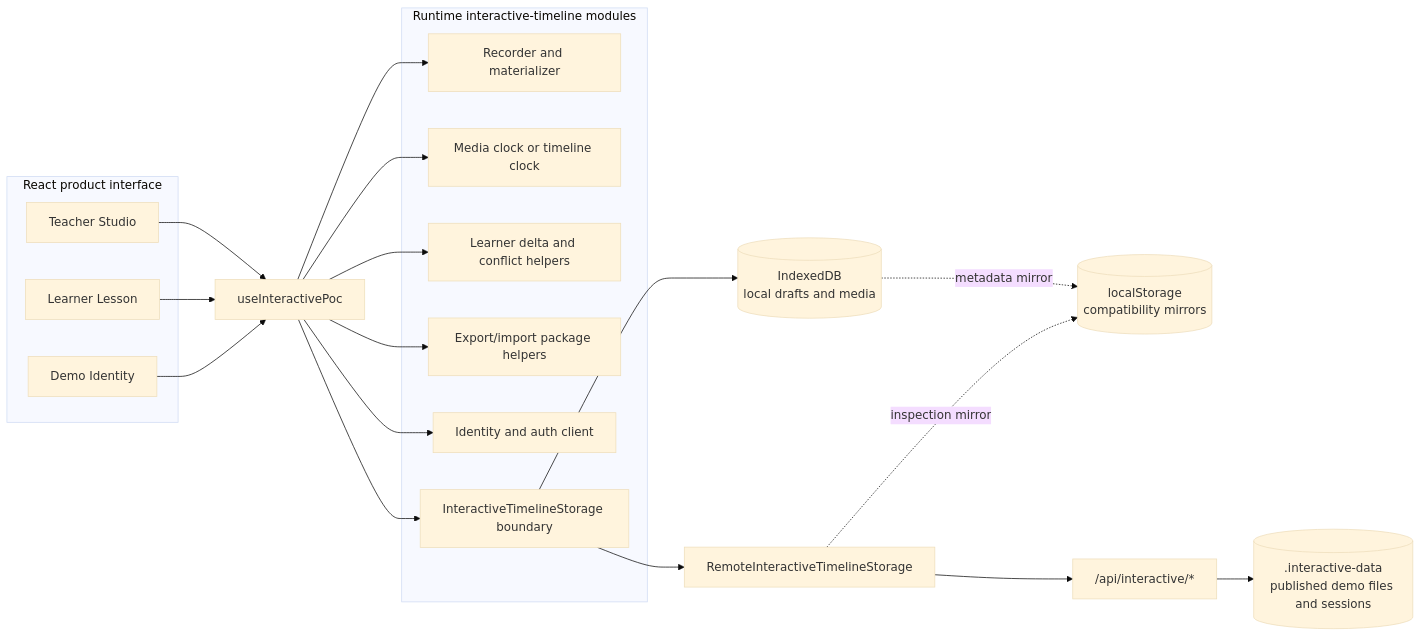
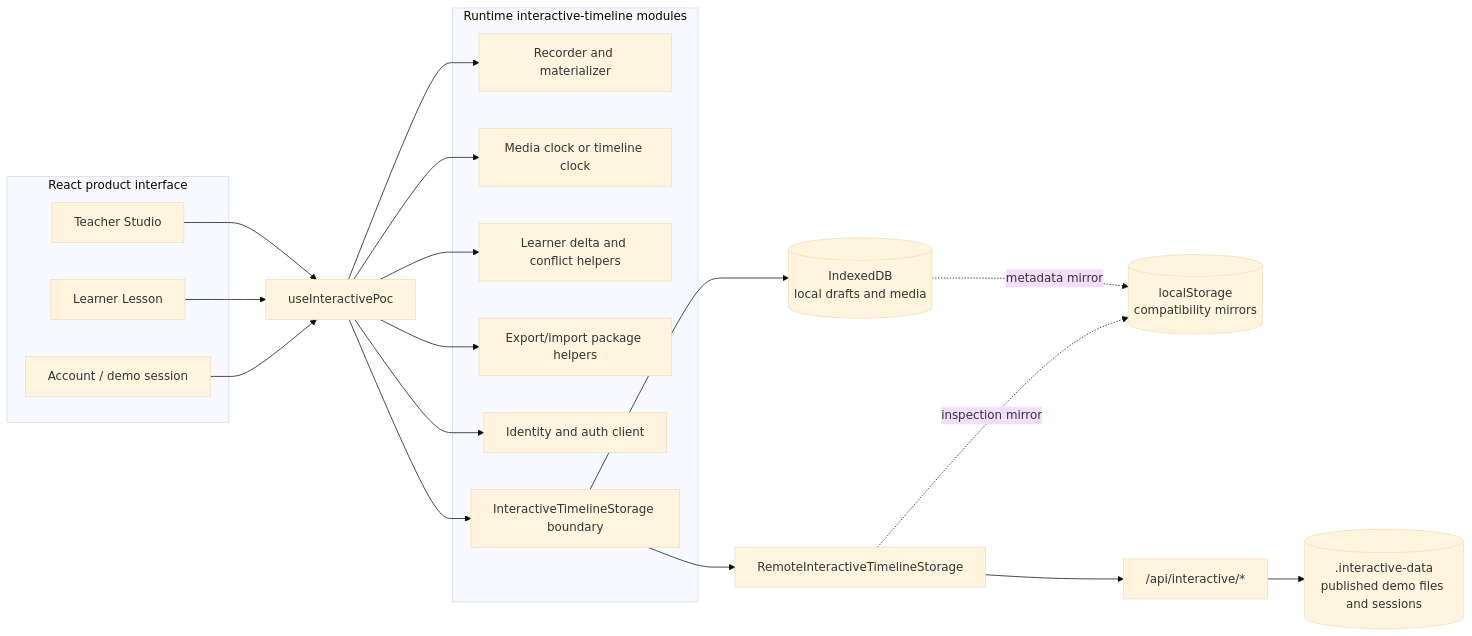
Before and after one commit to Fatih0234/tutorialkit-thesis: the diagram in docs/thesis-architecture-summary.md, drawn with Mermaid (base theme). The commit also changed other lines of this file and 11 other files, not shown here.

````diff
--- a/docs/thesis-architecture-summary.md
+++ b/docs/thesis-architecture-summary.md
@@ -11,41 +11,41 @@
 ```mermaid
 flowchart LR
   subgraph UI[React product interface]
     TS[Teacher Studio]
     LL[Learner Lesson]
-    DI[Demo Identity]
+    DI[Account / demo session]
   end
 
   Hook[useInteractivePoc]
 
   subgraph Runtime[Runtime interactive-timeline modules]
     Rec[Recorder and materializer]
     Clock[Media clock or timeline clock]
     Delta[Learner delta and conflict helpers]
     Package[Export/import package helpers]
     Identity[Identity and auth client]
     Adapter[InteractiveTimelineStorage boundary]
   end
 
   IDB[("IndexedDB<br/>local drafts and media")]
   Remote[RemoteInteractiveTimelineStorage]
   API["/api/interactive/*"]
   Files[(".interactive-data<br/>published demo files and sessions")]
   Mirrors[("localStorage<br/>compatibility mirrors")]
 
   TS --> Hook
   LL --> Hook
   DI --> Hook
   Hook --> Rec
   Hook --> Clock
   Hook --> Delta
   Hook --> Package
   Hook --> Identity
   Hook --> Adapter
   Adapter --> IDB
   Adapter --> Remote
   IDB -. metadata mirror .-> Mirrors
   Remote -. inspection mirror .-> Mirrors
   Remote --> API
   API --> Files
 ```
````
